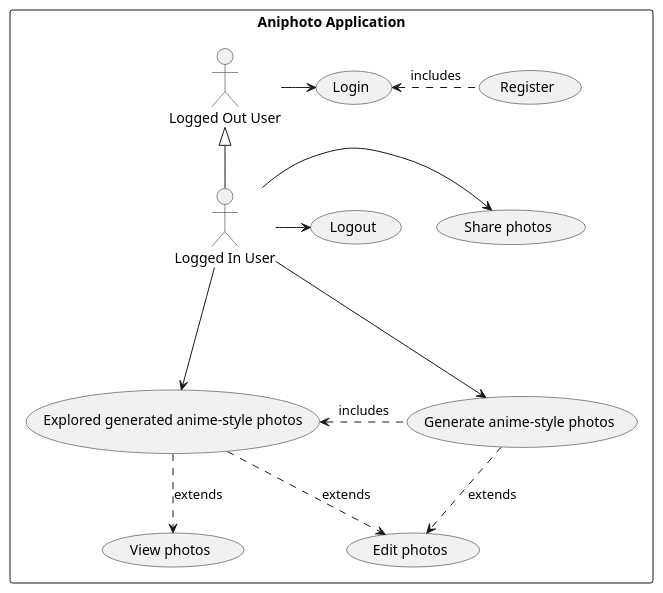
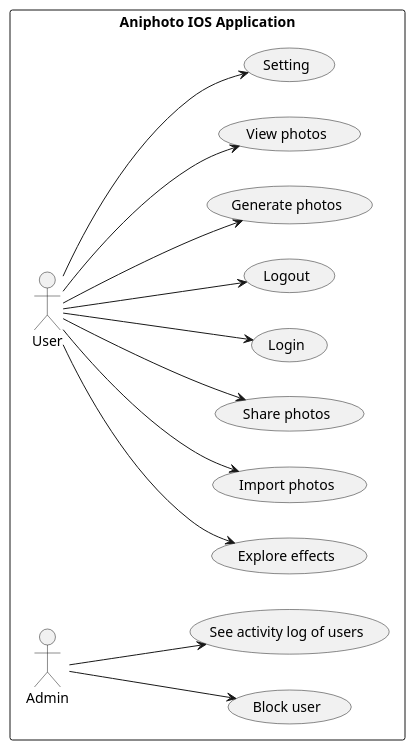
One commit to RobynChau/AniPhoto changed the diagram in Architecture/use-case-diagram.puml. Above: the diagram before and after it, drawn with PlantUML. The commit also changed 2 other files, not shown here.

Commit message:
fix: update architecture

```diff
--- a/Architecture/use-case-diagram.puml
+++ b/Architecture/use-case-diagram.puml
@@ -1,34 +1,25 @@
 @startuml "ANIPHOTO USE CASE DIAGRAM"
+    left to right direction
 
-    rectangle "Aniphoto Application" {
-        'Creating actors
-        actor "Logged In User" as loggedInUser
-        actor "Logged Out User" as loggedOutUser
-        (Explored generated anime-style photos) as (Explore)
-        (Generate anime-style photos) as (Generate)
-        (Edit photos) as (Edit)
+    rectangle "Aniphoto IOS Application" {
+        actor "User" as user
+        (Explore effects) as (Explore)
+        (Import photos) as (Import)
         (Share photos) as (Share)
 
-        'Adding extensions
-        loggedOutUser <|-- loggedInUser
+        user --down-> (Login)
+        user --down-> (Logout)
 
-        'Creating use cases of logged out user
-        loggedOutUser --right-> (Login)
-        (Login) <. (Register): includes
+        user --down-> (Explore)
+        user --down-> (Import)
+        user --down-> (Generate photos)
+        user --down-> (View photos)
+        user --down-> (Share)
+        user --down-> (Setting)
 
-        'Creating use cases of logged in user
-        loggedInUser --right-> (Logout)
-        loggedInUser --down-> (Explore)
-        loggedInUser --down-> (Generate)
-        loggedInUser --right-> (Share)
-
-
-        (Explore) <. (Generate): includes
-        
-        (Explore) .down.> (View photos): extends
-        (Explore) .down.> (Edit): extends
-
-        (Generate) .right.> (Edit): extends
+        actor "Admin" as admin
+        admin --down-> (Block user)
+        admin --down-> (See activity log of users)
     }
 
 @enduml
```
